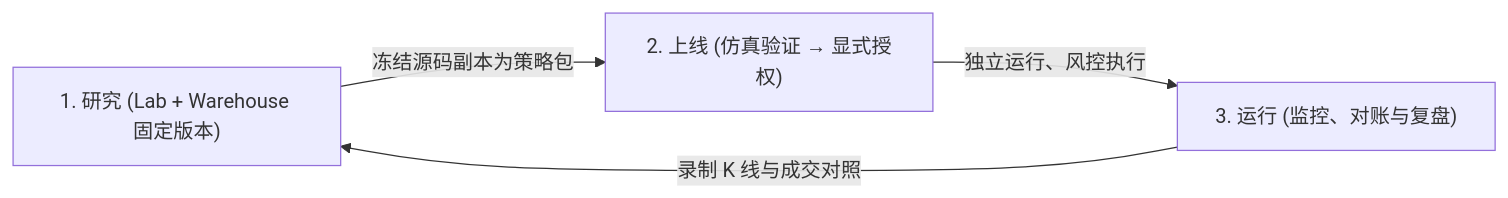
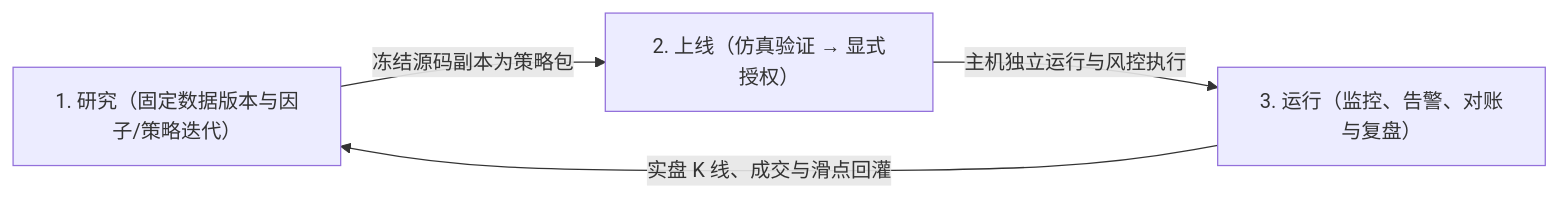
Before and after one commit to isqiwen/asterion-terminal: the diagram in docs/product.md, drawn with Mermaid. The commit also changed other lines of this file and 1 other file, not shown here.

````diff
--- a/docs/product.md
+++ b/docs/product.md
@@ -17,6 +17,6 @@
 ```mermaid
 flowchart LR
-  Research["1. 研究 (Lab + Warehouse 固定版本)"] -->|冻结源码副本为策略包| Deploy["2. 上线 (仿真验证 → 显式授权)"]
-  Deploy -->|独立运行、风控执行| Operate["3. 运行 (监控、对账与复盘)"]
-  Operate -->|录制 K 线与成交对照| Research
+  Research["1. 研究（固定数据版本与因子/策略迭代）"] -->|冻结源码副本为策略包| Deploy["2. 上线（仿真验证 → 显式授权）"]
+  Deploy -->|主机独立运行与风控执行| Operate["3. 运行（监控、告警、对账与复盘）"]
+  Operate -->|实盘 K 线、成交与滑点回灌| Research
 ```
````
